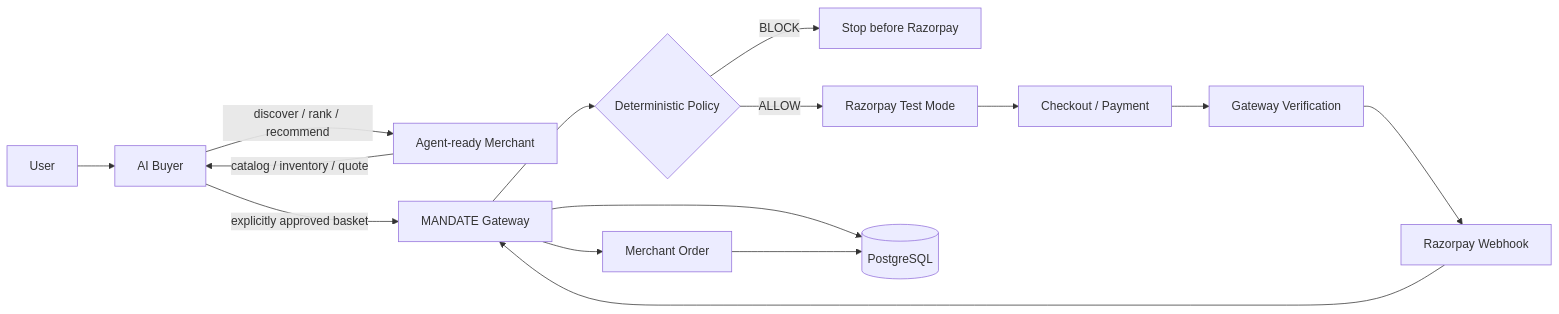
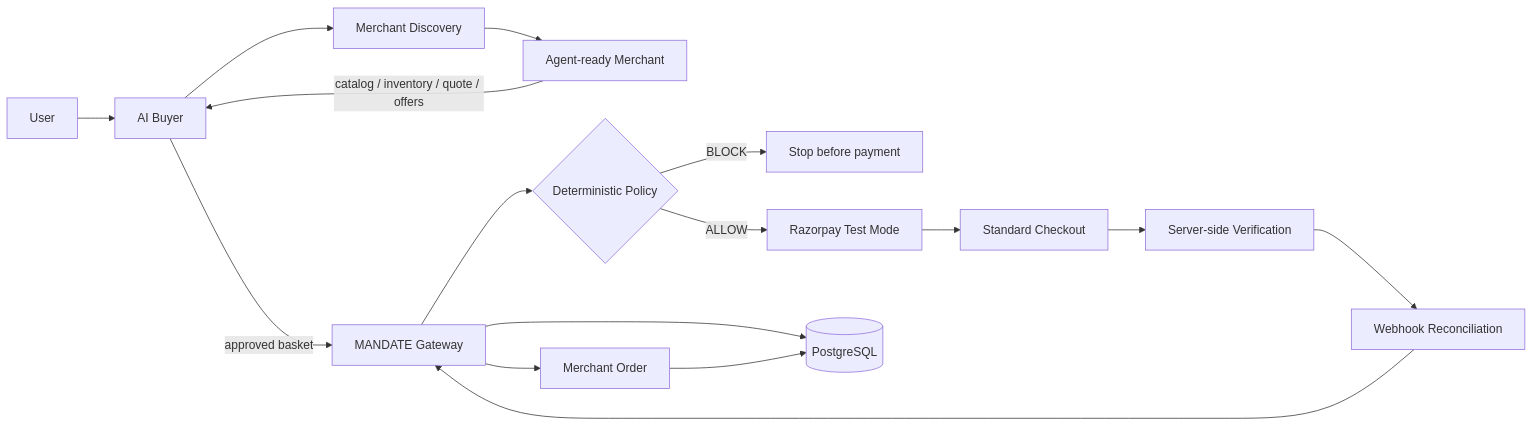
The diagram in README.md (akashrajeev/AgenticCommerce), drawn with Mermaid before and after one commit. The commit also changed other lines of this file, not shown here.

````diff
--- a/README.md
+++ b/README.md
@@ -141,17 +179,18 @@
 ```mermaid
 flowchart LR
     U[User] --> B[AI Buyer]
-    B -->|discover / rank / recommend| M[Agent-ready Merchant]
-    M -->|catalog / inventory / quote| B
-    B -->|explicitly approved basket| G[MANDATE Gateway]
+    B --> D[Merchant Discovery]
+    D --> M[Agent-ready Merchant]
+    M -->|catalog / inventory / quote / offers| B
+    B -->|approved basket| G[MANDATE Gateway]
     G --> P{Deterministic Policy}
-    P -->|BLOCK| X[Stop before Razorpay]
+    P -->|BLOCK| X[Stop before payment]
     P -->|ALLOW| R[Razorpay Test Mode]
-    R --> C[Checkout / Payment]
-    C --> V[Gateway Verification]
-    V --> W[Razorpay Webhook]
+    R --> C[Standard Checkout]
+    C --> V[Server-side Verification]
+    V --> W[Webhook Reconciliation]
     W --> G
     G --> O[Merchant Order]
     G --> DB[(PostgreSQL)]
     O --> DB
 ```
````
